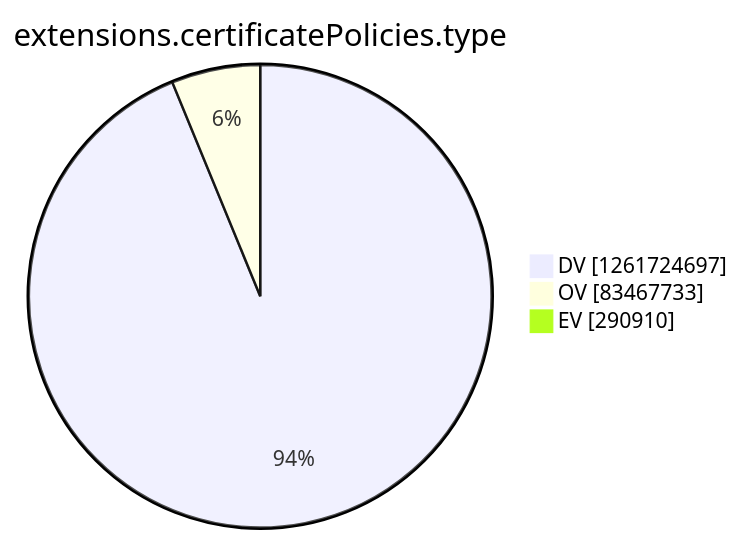
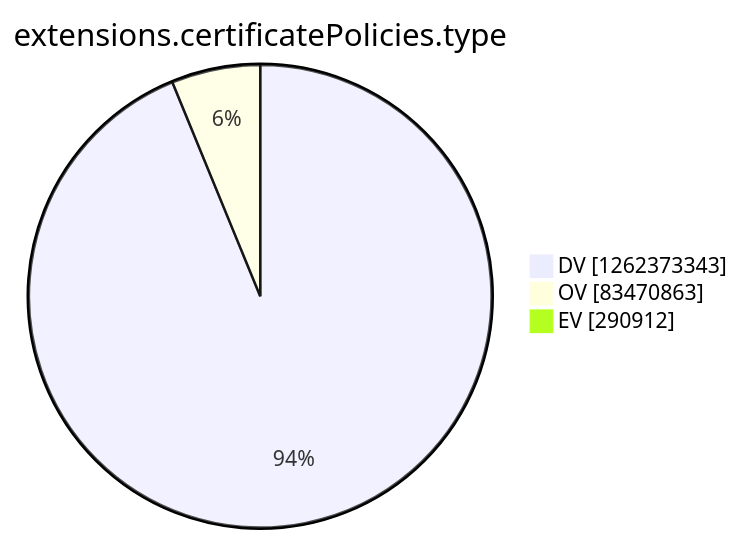
One commit to christiankrug/ctmonitor_visualization changed the tenth of 15 diagrams in argon2022/README.md. Above: the diagram before and after it, drawn with Mermaid. The commit also changed other lines of this file, not shown here.

````diff
--- a/argon2022/README.md
+++ b/argon2022/README.md
@@ -2771,7 +2771,7 @@
 ```mermaid
 pie showData
 title extensions.certificatePolicies.type
-"DV" :1261724697
-"OV" :83467733
-"EV" :290910
+"DV" :1262373343
+"OV" :83470863
+"EV" :290912
 ```
````
